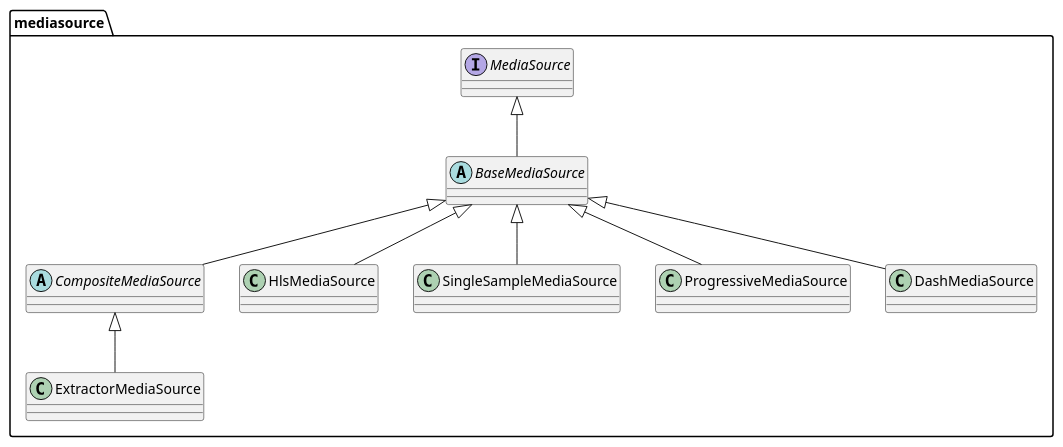
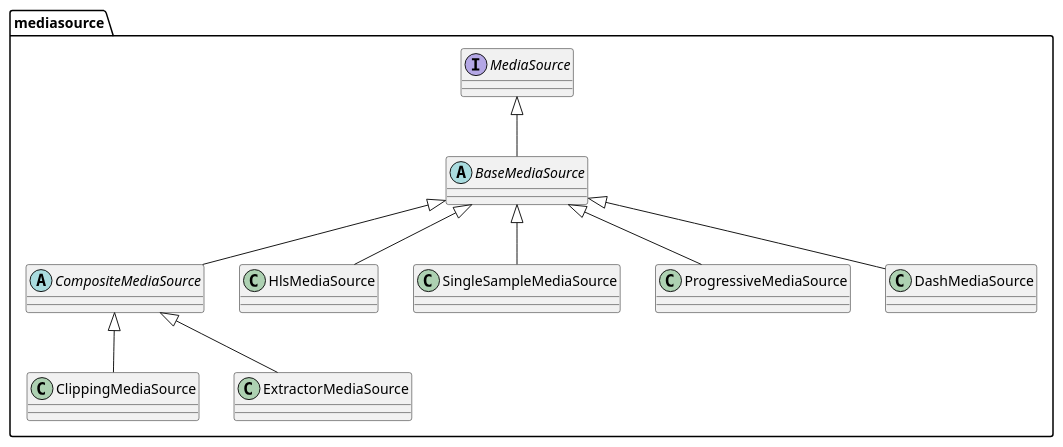
The diagram in uml/mediasource.puml (tdounnyy/exoplayer_note), drawn with PlantUML before and after one commit. The commit also changed 2 other files, not shown here.

```diff
--- a/uml/mediasource.puml
+++ b/uml/mediasource.puml
@@ -1,24 +1,26 @@
 @startuml
 'Defines and provides media to be played by an {@link com.google.android.exoplayer2.ExoPlayer}
 package mediasource{
 
     interface MediaSource
     abstract class BaseMediaSource
     abstract class CompositeMediaSource
 
     class HlsMediaSource
     class SingleSampleMediaSource
     class ProgressiveMediaSource
     class DashMediaSource
+    class ClippingMediaSource
     class ExtractorMediaSource
 
     MediaSource <|-- BaseMediaSource
     BaseMediaSource <|-- HlsMediaSource
     BaseMediaSource <|-- SingleSampleMediaSource
     BaseMediaSource <|-- ProgressiveMediaSource
     BaseMediaSource <|-- DashMediaSource
     BaseMediaSource <|-- CompositeMediaSource
     CompositeMediaSource <|-- ExtractorMediaSource
+    CompositeMediaSource <|-- ClippingMediaSource
 
 }
 @enduml
```
